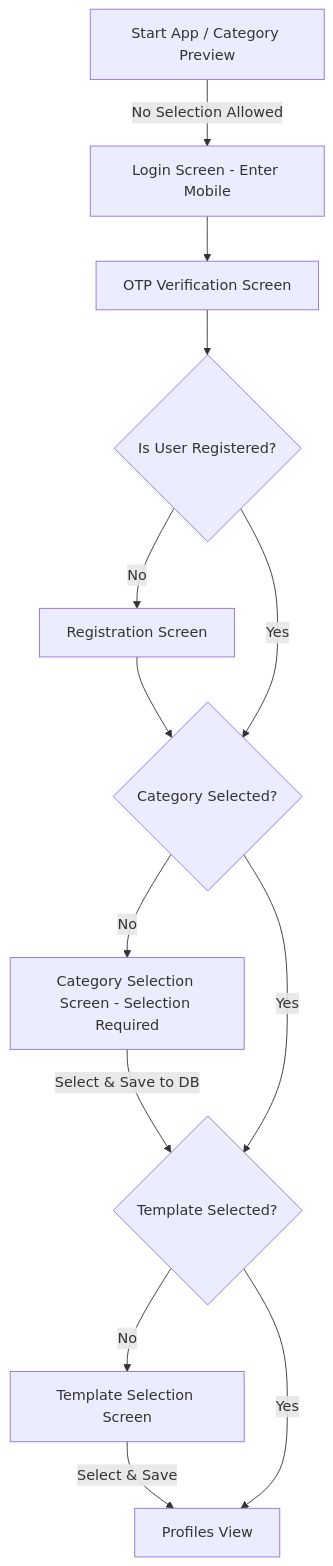
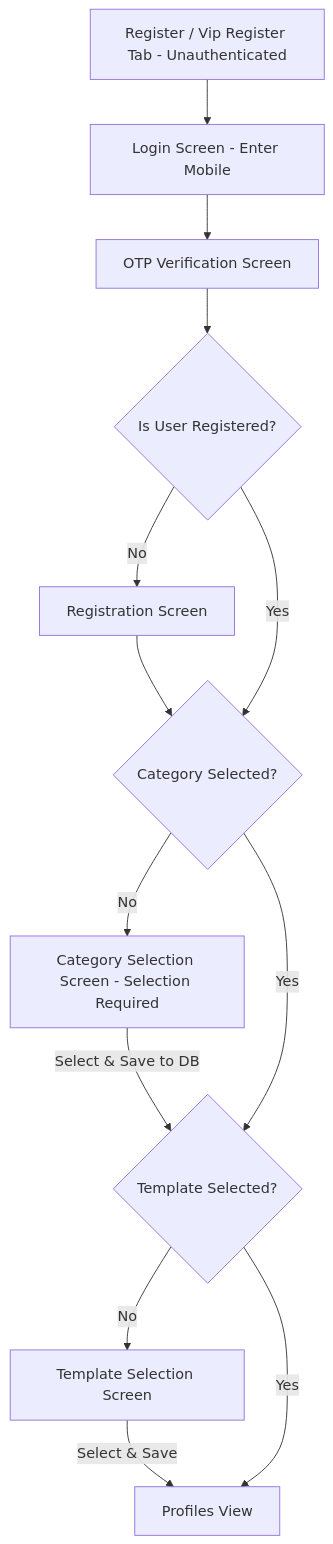
One commit to irshadvkd/holynikkah changed the diagram in GEMINI.md. Above: the diagram before and after it, drawn with Mermaid. The commit also changed other lines of this file and 60 other files, not shown here.

````diff
--- a/GEMINI.md
+++ b/GEMINI.md
@@ -11,15 +11,15 @@
 ```mermaid
 graph TD
-    A[Start App / Category Preview] -->|No Selection Allowed| B[Login Screen - Enter Mobile]
+    A[Register / Vip Register Tab - Unauthenticated] --> B[Login Screen - Enter Mobile]
     B --> C[OTP Verification Screen]
     C --> D{Is User Registered?}
     D -->|No| E[Registration Screen]
     E --> F{Category Selected?}
     D -->|Yes| F
     F -->|No| G[Category Selection Screen - Selection Required]
     G -->|Select & Save to DB| H{Template Selected?}
     F -->|Yes| H
     H -->|No| I[Template Selection Screen]
     I -->|Select & Save| J[Profiles View]
     H -->|Yes| J
 ```
````
